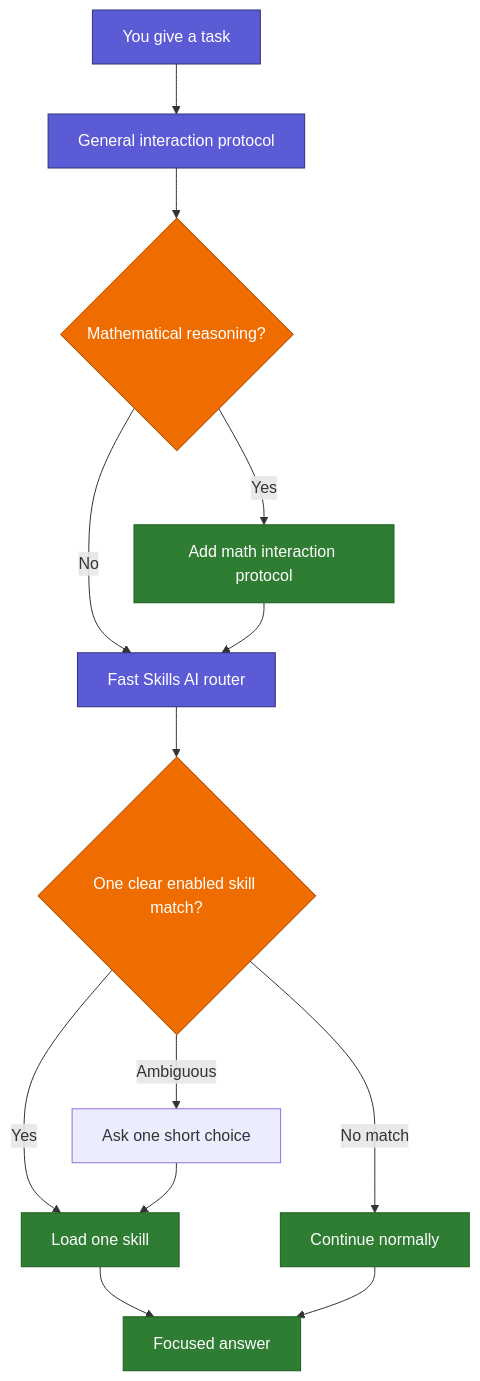
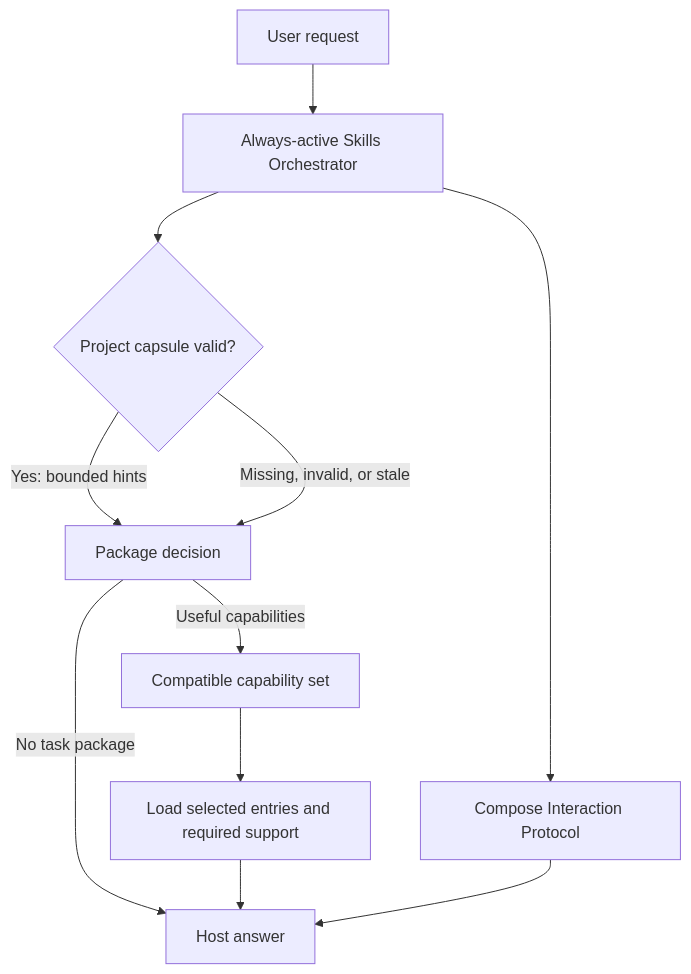
The first of 2 diagrams in README.md (geekybobz/skills_ai), drawn with Mermaid before and after one commit. The commit also changed other lines of this file and 173 other files, not shown here.

````diff
--- a/README.md
+++ b/README.md
@@ -20,22 +16,13 @@
 ```mermaid
 flowchart TD
-    U["You give a task"] --> P["General interaction protocol"]
-    P --> M{"Mathematical reasoning?"}
-    M -- "Yes" --> X["Add math interaction protocol"]
-    M -- "No" --> R["Fast Skills AI router"]
-    X --> R
-    R --> Q{"One clear enabled skill match?"}
-    Q -- "Yes" --> S["Load one skill"]
-    Q -- "No match" --> N["Continue normally"]
-    Q -- "Ambiguous" --> C["Ask one short choice"]
-    C --> S
-    S --> A["Focused answer"]
-    N --> A
-
-    classDef entry fill:#5B5BD6,color:#fff,stroke:#32327A
-    classDef choice fill:#EF6C00,color:#fff,stroke:#A64700
-    classDef result fill:#2E7D32,color:#fff,stroke:#1B5E20
-    class U,P,R entry
-    class M,Q choice
-    class X,S,N,A result
+    U["User request"] --> S["Always-active Skills Orchestrator"]
+    S --> I["Compose Interaction Protocol"]
+    S --> C{"Project capsule valid?"}
+    C -- "Yes: bounded hints" --> R["Package decision"]
+    C -- "Missing, invalid, or stale" --> R
+    R -- "No task package" --> A["Host answer"]
+    R -- "Useful capabilities" --> P["Compatible capability set"]
+    P --> K["Load selected entries and required support"]
+    K --> A
+    I --> A
 ```
````
